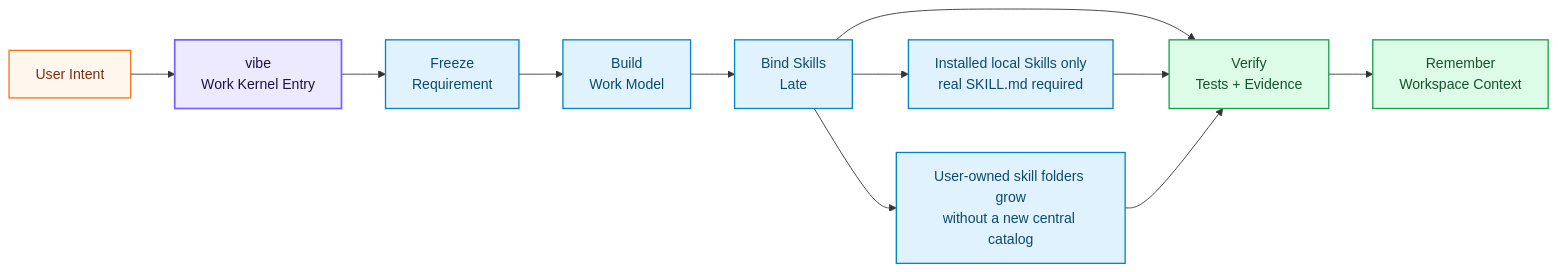
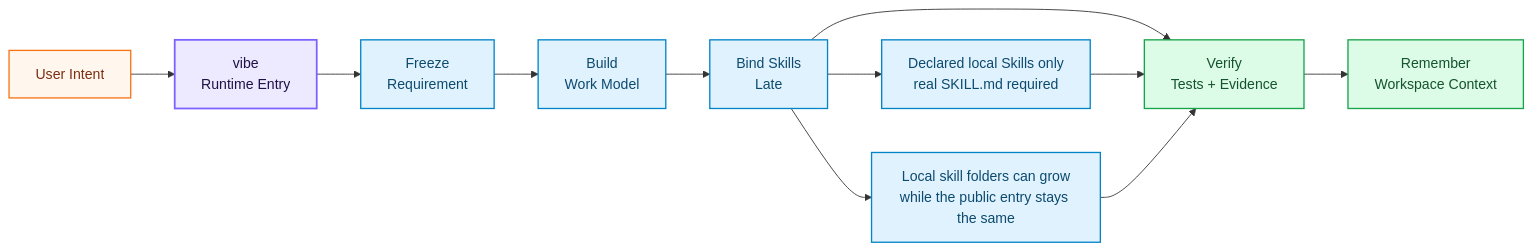
Before and after one commit to hallfay0/Vibe-Skills: the first of 2 diagrams in README.md, drawn with Mermaid. The commit also changed other lines of this file and 1 other file, not shown here.

Commit message:
docs: foreground local skill coordination

````diff
--- a/README.md
+++ b/README.md
@@ -155,29 +154,29 @@
 ```mermaid
 flowchart LR
     accTitle: VibeSkills Harness Flow
     accDescr: User intent enters the vibe harness. The harness freezes intent, builds a work model, binds helpful Skills late, verifies evidence, and preserves workspace context.
 
     user["User Intent"]
-    vibe["vibe<br/>Work Kernel Entry"]
+    vibe["vibe<br/>Runtime Entry"]
     freeze["Freeze<br/>Requirement"]
     plan["Build<br/>Work Model"]
     route["Bind Skills<br/>Late"]
-    skills["Installed local Skills only<br/>real SKILL.md required"]
-    future["User-owned skill folders grow<br/>without a new central catalog"]
+    skills["Declared local Skills only<br/>real SKILL.md required"]
+    future["Local skill folders can grow<br/>while the public entry stays the same"]
     verify["Verify<br/>Tests + Evidence"]
     memory["Remember<br/>Workspace Context"]
 
     user --> vibe --> freeze --> plan --> route --> verify --> memory
     route --> skills --> verify
     route --> future --> verify
 
     classDef core fill:#ede9fe,stroke:#7B61FF,stroke-width:2px,color:#1f1147
     classDef stage fill:#e0f2fe,stroke:#0284c7,stroke-width:1.5px,color:#0c4a6e
     classDef proof fill:#dcfce7,stroke:#16a34a,stroke-width:1.5px,color:#14532d
     classDef user fill:#fff7ed,stroke:#f97316,stroke-width:1.5px,color:#7c2d12
 
     class vibe core
     class freeze,plan,route,skills,future stage
     class verify,memory proof
     class user user
 ```
````
